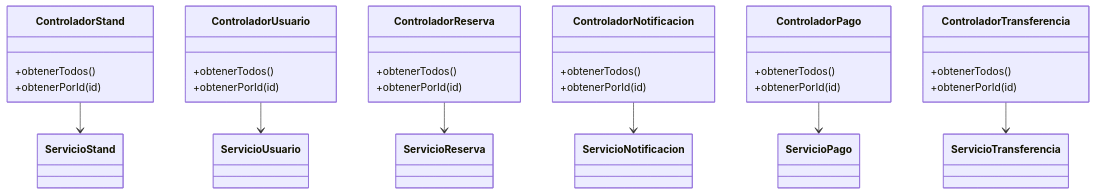
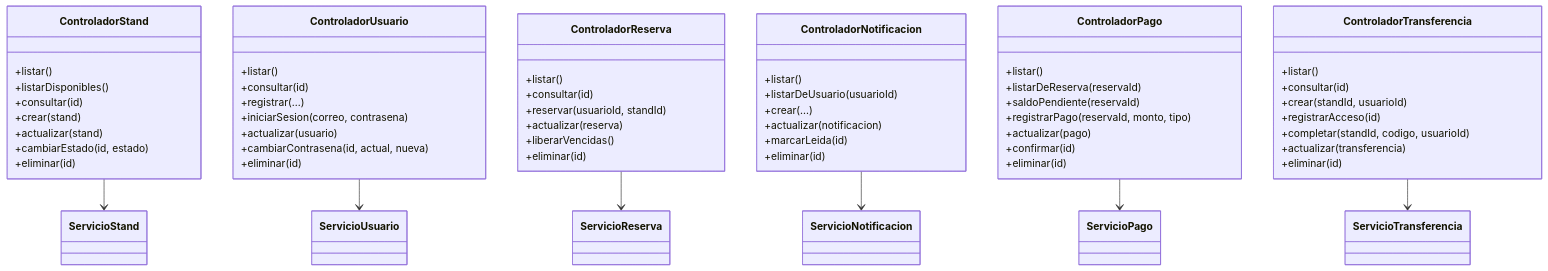
The fifth of 9 diagrams in Stands-Filey/DiagramaClases/DiagramaClases.md (Javtamata145/StandsFiley-POO), drawn with Mermaid before and after one commit. The commit also changed other lines of this file and 23 other files, not shown here.

````diff
--- a/Stands-Filey/DiagramaClases/DiagramaClases.md
+++ b/Stands-Filey/DiagramaClases/DiagramaClases.md
@@ -250,41 +305,69 @@
 ```mermaid
 classDiagram
 direction TB
 
 class ControladorStand {
-  +obtenerTodos()
-  +obtenerPorId(id)
+  +listar()
+  +listarDisponibles()
+  +consultar(id)
+  +crear(stand)
+  +actualizar(stand)
+  +cambiarEstado(id, estado)
+  +eliminar(id)
 }
 
 class ControladorUsuario {
-  +obtenerTodos()
-  +obtenerPorId(id)
+  +listar()
+  +consultar(id)
+  +registrar(...)
+  +iniciarSesion(correo, contrasena)
+  +actualizar(usuario)
+  +cambiarContrasena(id, actual, nueva)
+  +eliminar(id)
 }
 
 class ControladorReserva {
-  +obtenerTodos()
-  +obtenerPorId(id)
+  +listar()
+  +consultar(id)
+  +reservar(usuarioId, standId)
+  +actualizar(reserva)
+  +liberarVencidas()
+  +eliminar(id)
 }
 
 class ControladorNotificacion {
-  +obtenerTodos()
-  +obtenerPorId(id)
+  +listar()
+  +listarDeUsuario(usuarioId)
+  +crear(...)
+  +actualizar(notificacion)
+  +marcarLeida(id)
+  +eliminar(id)
 }
 
 class ControladorPago {
-  +obtenerTodos()
-  +obtenerPorId(id)
+  +listar()
+  +listarDeReserva(reservaId)
+  +saldoPendiente(reservaId)
+  +registrarPago(reservaId, monto, tipo)
+  +actualizar(pago)
+  +confirmar(id)
+  +eliminar(id)
 }
 
 class ControladorTransferencia {
-  +obtenerTodos()
-  +obtenerPorId(id)
+  +listar()
+  +consultar(id)
+  +crear(standId, usuarioId)
+  +registrarAcceso(id)
+  +completar(standId, codigo, usuarioId)
+  +actualizar(transferencia)
+  +eliminar(id)
 }
 
 ControladorStand --> ServicioStand
 ControladorUsuario --> ServicioUsuario
 ControladorReserva --> ServicioReserva
 ControladorNotificacion --> ServicioNotificacion
 ControladorPago --> ServicioPago
 ControladorTransferencia --> ServicioTransferencia
 ```
````
